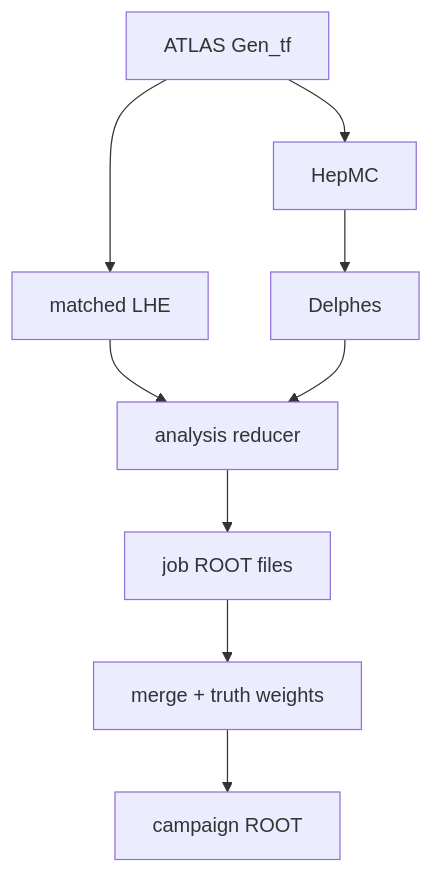
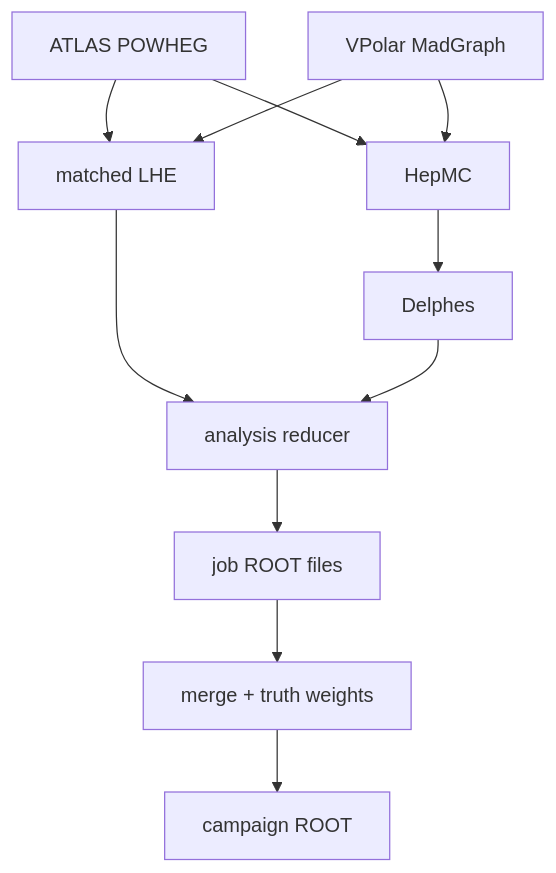
One commit to rafaellopesdesa/OffshellAngularProduction changed the diagram in README.md. Above: the diagram before and after it, drawn with Mermaid. The commit also changed other lines of this file and 56 other files, not shown here.

````diff
--- a/README.md
+++ b/README.md
@@ -11,11 +11,13 @@
 ```mermaid
 flowchart TD
-    G["ATLAS Gen_tf"] --> L["matched LHE"]
-    G --> H["HepMC"]
+    P["ATLAS POWHEG"] --> L["matched LHE"]
+    V["VPolar MadGraph"] --> L
+    P --> H["HepMC"]
+    V --> H
     H --> D["Delphes"]
     L --> A["analysis reducer"]
     D --> A
     A --> J["job ROOT files"]
     J --> M["merge + truth weights"]
     M --> R["campaign ROOT"]
 ```
````
